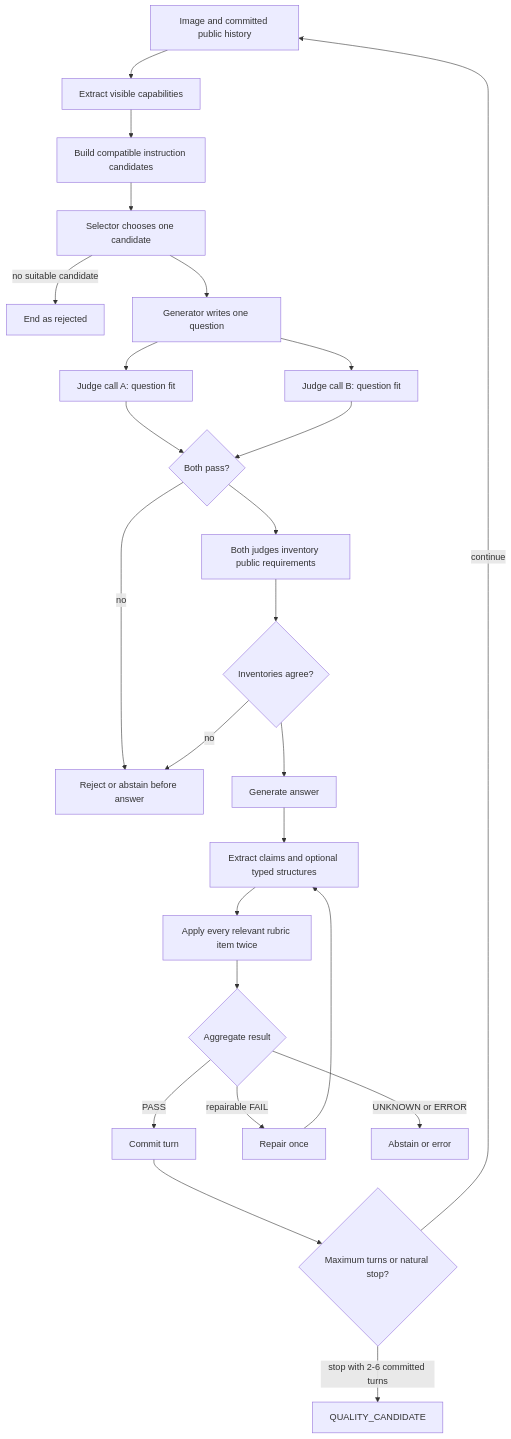
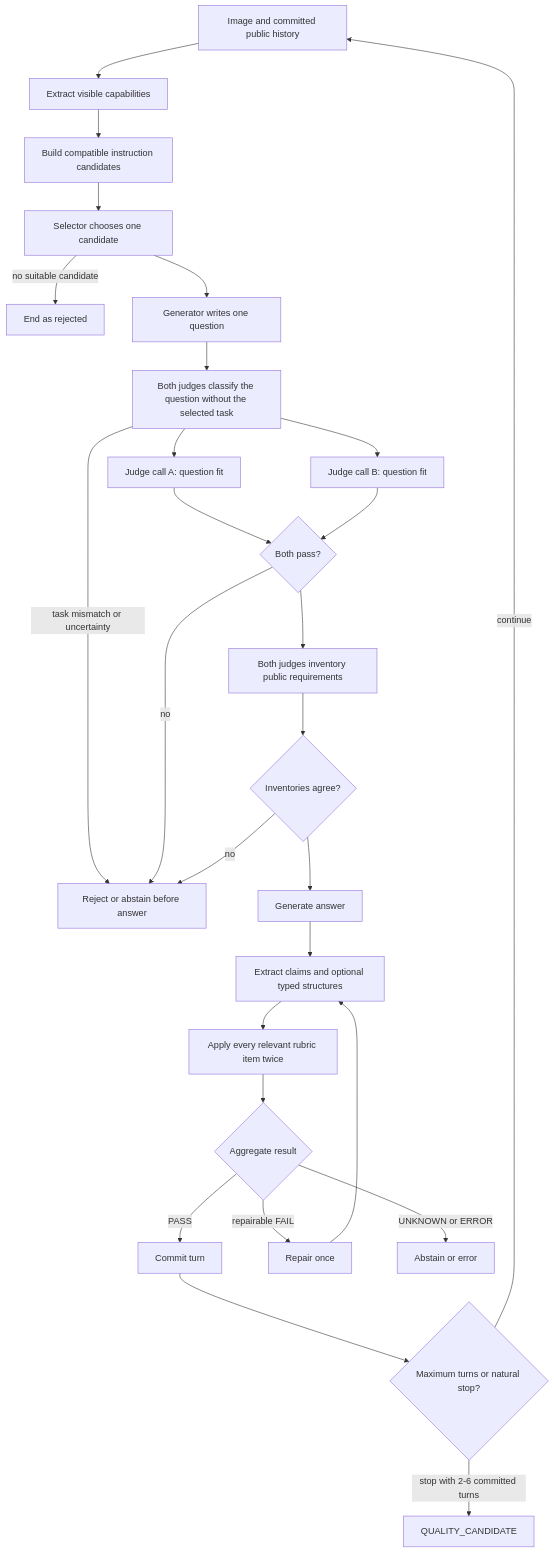
One commit to Onely7/Pixelogue changed the diagram in docs/pipeline/generation-and-evaluation.md. Above: the diagram before and after it, drawn with Mermaid. The commit also changed other lines of this file and 12 other files, not shown here.

Commit message:
fix: harden synthesis schemas and question gates

````diff
--- a/docs/pipeline/generation-and-evaluation.md
+++ b/docs/pipeline/generation-and-evaluation.md
@@ -54,27 +54,29 @@
 ```mermaid
 flowchart TD
     A[Image and committed public history] --> B[Extract visible capabilities]
     B --> C[Build compatible instruction candidates]
     C --> D[Selector chooses one candidate]
     D -->|no suitable candidate| X[End as rejected]
     D --> E[Generator writes one question]
-    E --> F[Judge call A: question fit]
-    E --> G[Judge call B: question fit]
+    E --> T[Both judges classify the question without the selected task]
+    T -->|task mismatch or uncertainty| Y[Reject or abstain before answer]
+    T --> F[Judge call A: question fit]
+    T --> G[Judge call B: question fit]
     F --> H{Both pass?}
     G --> H
     H -->|no| Y[Reject or abstain before answer]
     H --> I[Both judges inventory public requirements]
     I --> J{Inventories agree?}
     J -->|no| Y
     J --> K[Generate answer]
     K --> L[Extract claims and optional typed structures]
     L --> M[Apply every relevant rubric item twice]
     M --> N{Aggregate result}
     N -->|PASS| O[Commit turn]
     N -->|repairable FAIL| P[Repair once]
     P --> L
     N -->|UNKNOWN or ERROR| Q[Abstain or error]
     O --> R{Maximum turns or natural stop?}
     R -->|continue| A
     R -->|stop with 2-6 committed turns| S[QUALITY_CANDIDATE]
 ```
````
